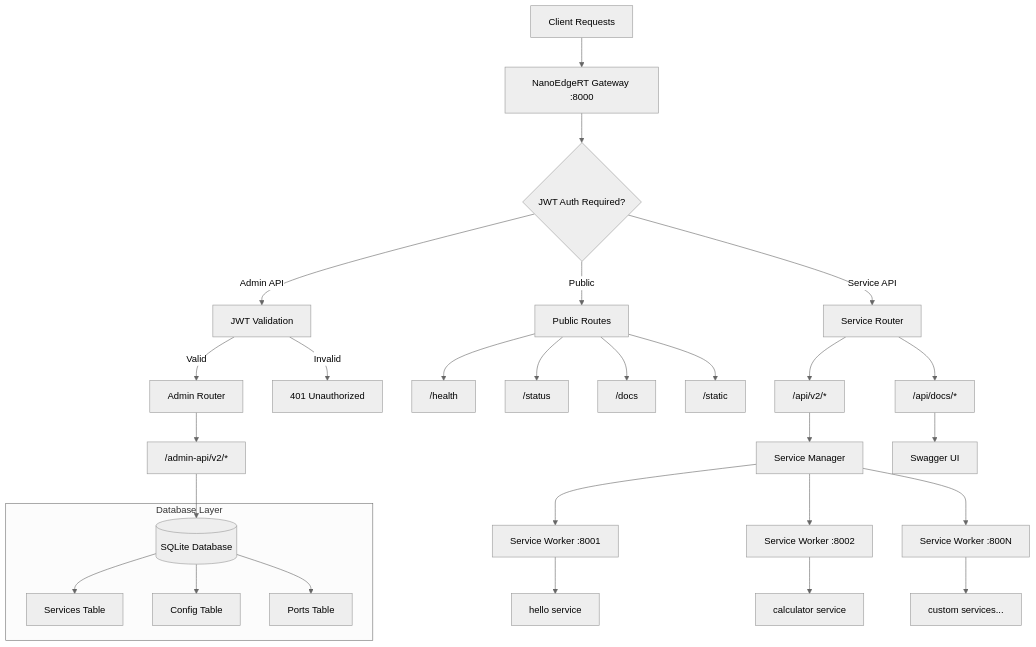
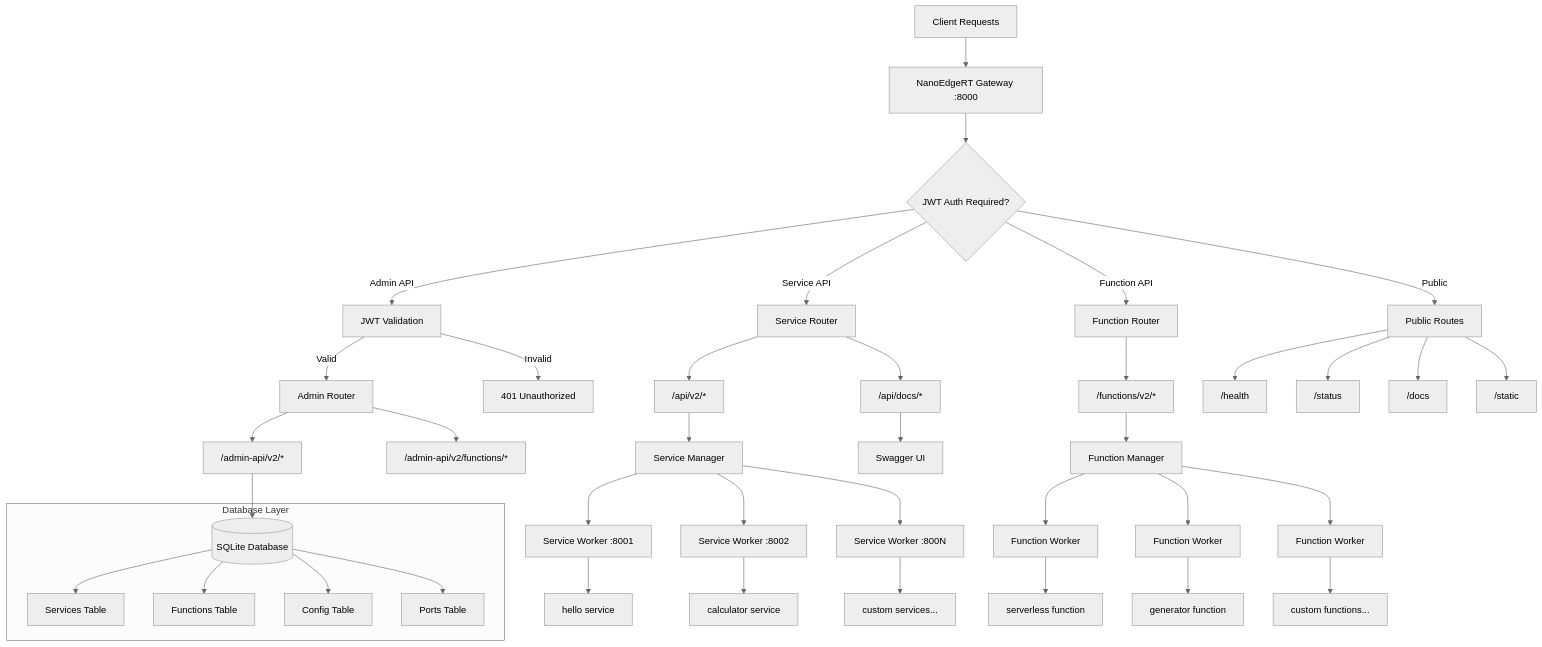
Before and after one commit to NanoInfra/NanoEdgeRT: the diagram in README.md, drawn with Mermaid (neutral theme). The commit also changed other lines of this file and 19 other files, not shown here.

````diff
--- a/README.md
+++ b/README.md
@@ -52,37 +62,50 @@
 ```mermaid
 graph TB
     Client[Client Requests] --> Gateway[NanoEdgeRT Gateway :8000]
     Gateway --> Auth{JWT Auth Required?}
     Auth -->|Admin API| JWT[JWT Validation]
     Auth -->|Service API| ServiceRouter[Service Router]
+    Auth -->|Function API| FunctionRouter[Function Router]
     Auth -->|Public| PublicRouter[Public Routes]
     JWT -->|Valid| AdminRouter[Admin Router]
     JWT -->|Invalid| Error[401 Unauthorized]
     
     PublicRouter --> Health["/health"]
     PublicRouter --> Status["/status"]
     PublicRouter --> Docs["/docs"]
     PublicRouter --> Static["/static"]
     
     AdminRouter --> AdminAPI["/admin-api/v2/*"]
+    AdminRouter --> FunctionAdmin["/admin-api/v2/functions/*"]
     ServiceRouter --> ServiceAPI["/api/v2/*"]
     ServiceRouter --> ServiceDocs["/api/docs/*"]
+    FunctionRouter --> FunctionAPI["/functions/v2/*"]
     
     AdminAPI --> Database[(SQLite Database)]
     ServiceAPI --> ServiceManager[Service Manager]
+    FunctionAPI --> FunctionManager[Function Manager]
     ServiceDocs --> SwaggerUI[Swagger UI]
     
     ServiceManager --> Worker1[Service Worker :8001]
     ServiceManager --> Worker2[Service Worker :8002]
     ServiceManager --> WorkerN[Service Worker :800N]
     
+    FunctionManager --> FuncWorker1[Function Worker]
+    FunctionManager --> FuncWorker2[Function Worker]
+    FunctionManager --> FuncWorkerN[Function Worker]
+    
     subgraph "Database Layer"
         Database --> Services[Services Table]
+        Database --> Functions[Functions Table]
         Database --> Config[Config Table]
         Database --> Ports[Ports Table]
     end
     
     Worker1 --> ServiceInstance1[hello service]
     Worker2 --> ServiceInstance2[calculator service]
     WorkerN --> ServiceInstanceN[custom services...]
+    
+    FuncWorker1 --> FunctionInstance1[serverless function]
+    FuncWorker2 --> FunctionInstance2[generator function]
+    FuncWorkerN --> FunctionInstanceN[custom functions...]
 ```
````
